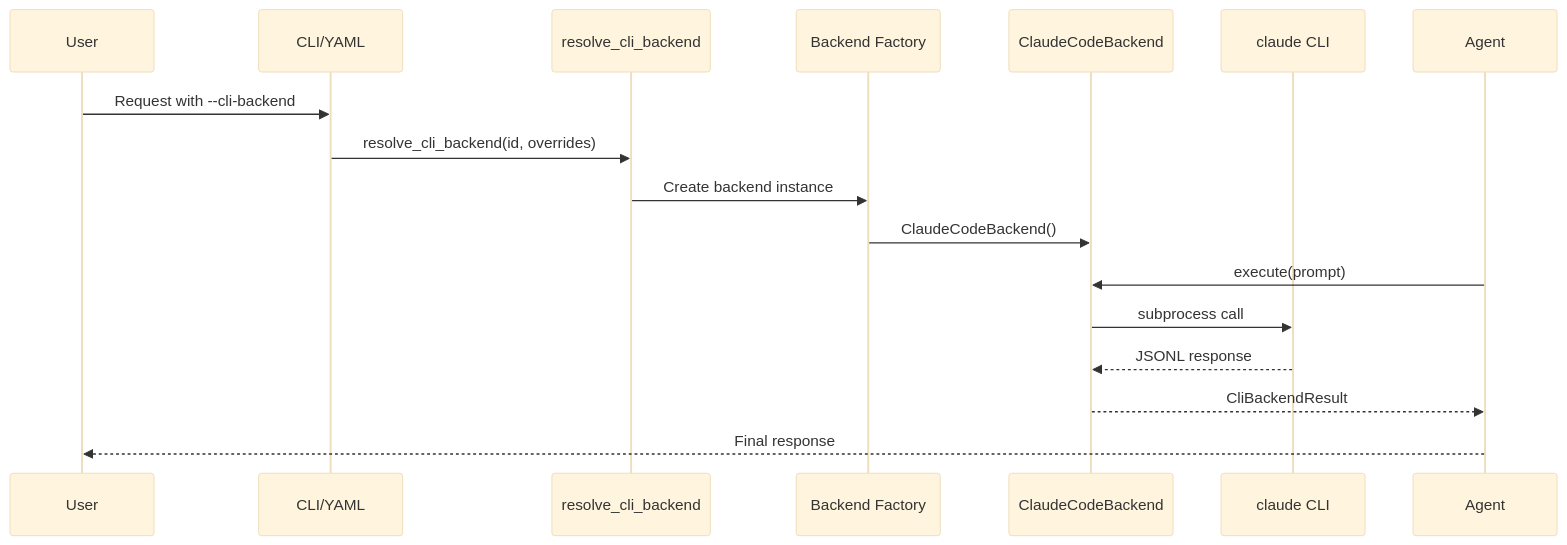
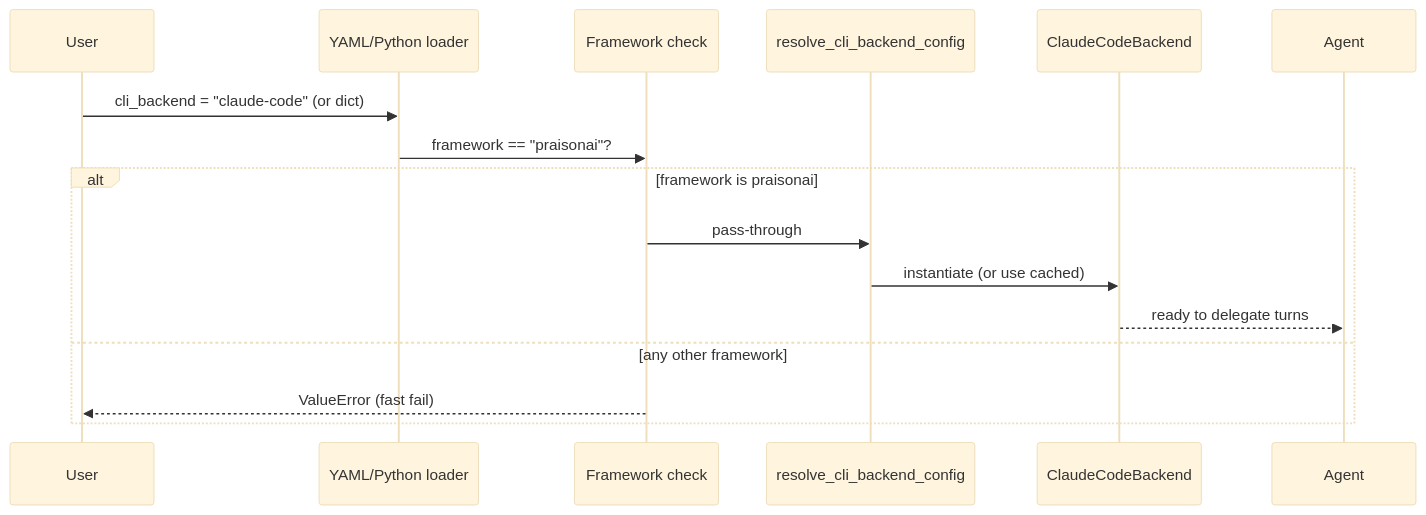
One commit to MervinPraison/PraisonAIDocs changed the second of 5 diagrams in docs/features/cli-backend-protocol.mdx. Above: the diagram before and after it, drawn with Mermaid (base theme). The commit also changed other lines of this file and 1 other file, not shown here.

First line of the commit message:
docs: update cli_backend behavior + add framework-compatibility section (fixes #501) (#502)

````diff
--- a/docs/features/cli-backend-protocol.mdx
+++ b/docs/features/cli-backend-protocol.mdx
@@ -86,20 +86,19 @@
 ```mermaid
 sequenceDiagram
     participant User
-    participant CLI as CLI/YAML
-    participant Resolver as resolve_cli_backend
-    participant Factory as Backend Factory
+    participant Loader as YAML/Python loader
+    participant Validator as Framework check
+    participant Resolver as resolve_cli_backend_config
     participant Backend as ClaudeCodeBackend
-    participant Process as claude CLI
     participant Agent
 
-    User->>CLI: Request with --cli-backend
-    CLI->>Resolver: resolve_cli_backend(id, overrides)
-    Resolver->>Factory: Create backend instance
-    Factory->>Backend: ClaudeCodeBackend()
-    Agent->>Backend: execute(prompt)
-    Backend->>Process: subprocess call
-    Process-->>Backend: JSONL response
-    Backend-->>Agent: CliBackendResult
-    Agent-->>User: Final response
+    User->>Loader: cli_backend = "claude-code" (or dict)
+    Loader->>Validator: framework == "praisonai"?
+    alt framework is praisonai
+        Validator->>Resolver: pass-through
+        Resolver->>Backend: instantiate (or use cached)
+        Backend-->>Agent: ready to delegate turns
+    else any other framework
+        Validator-->>User: ValueError (fast fail)
+    end
 ```
````
